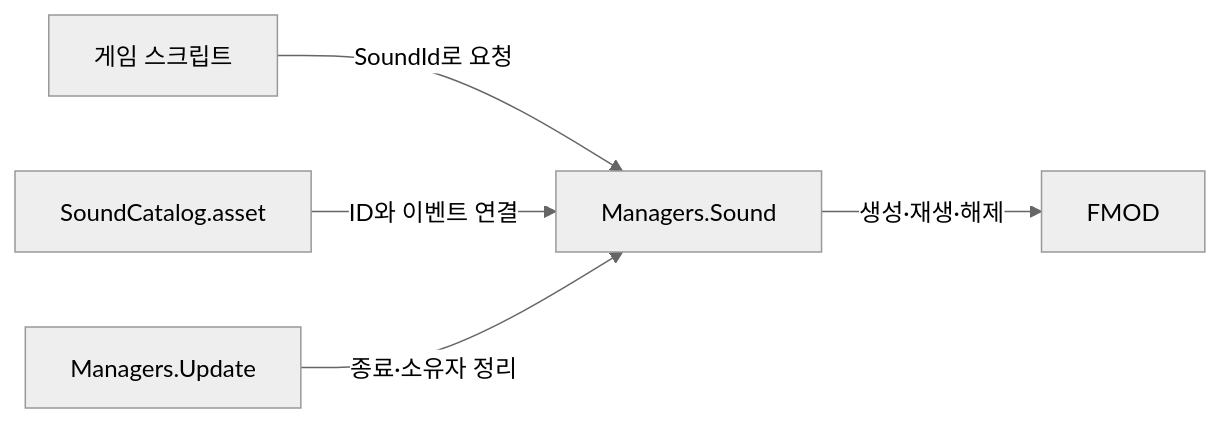
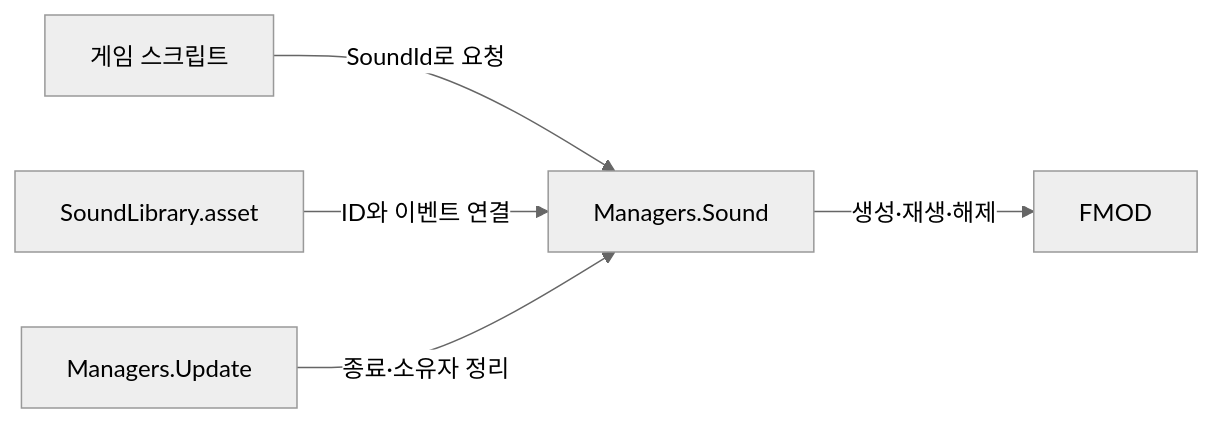
The diagram in docs/features/FMOD_사운드_매니저.md (eytg8e/w07-blindblade-plus), drawn with Mermaid (neutral theme) before and after one commit. The commit also changed other lines of this file and 10 other files, not shown here.

Commit message:
SoundCatalog 이름 직관성 개선

````diff
--- a/docs/features/FMOD_사운드_매니저.md
+++ b/docs/features/FMOD_사운드_매니저.md
@@ -247,7 +248,7 @@
 ```mermaid
 flowchart LR
     Caller["게임 스크립트"] -->|"SoundId로 요청"| Manager["Managers.Sound"]
-    Catalog["SoundCatalog.asset"] -->|"ID와 이벤트 연결"| Manager
+    Library["SoundLibrary.asset"] -->|"ID와 이벤트 연결"| Manager
     Manager -->|"생성·재생·해제"| FMOD["FMOD"]
     Update["Managers.Update"] -->|"종료·소유자 정리"| Manager
 ```
````
